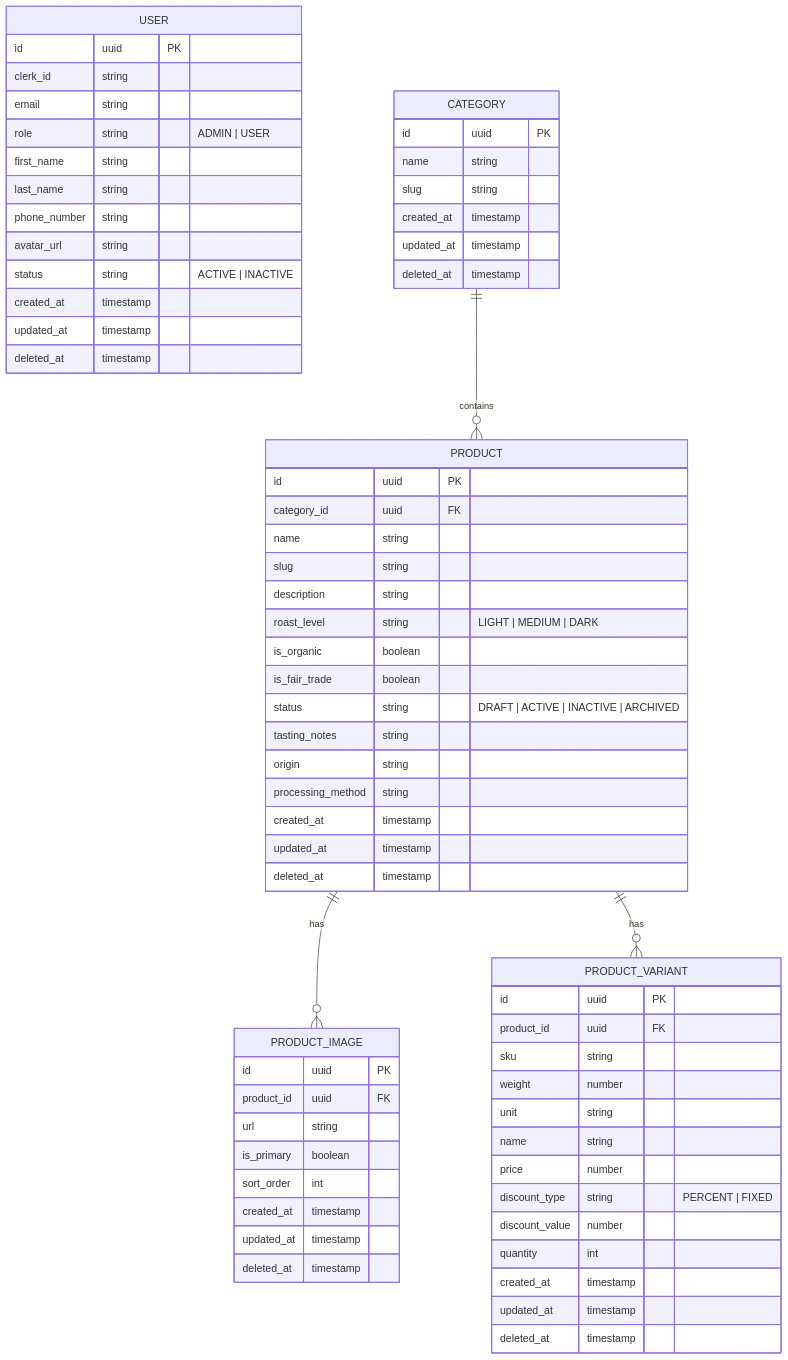
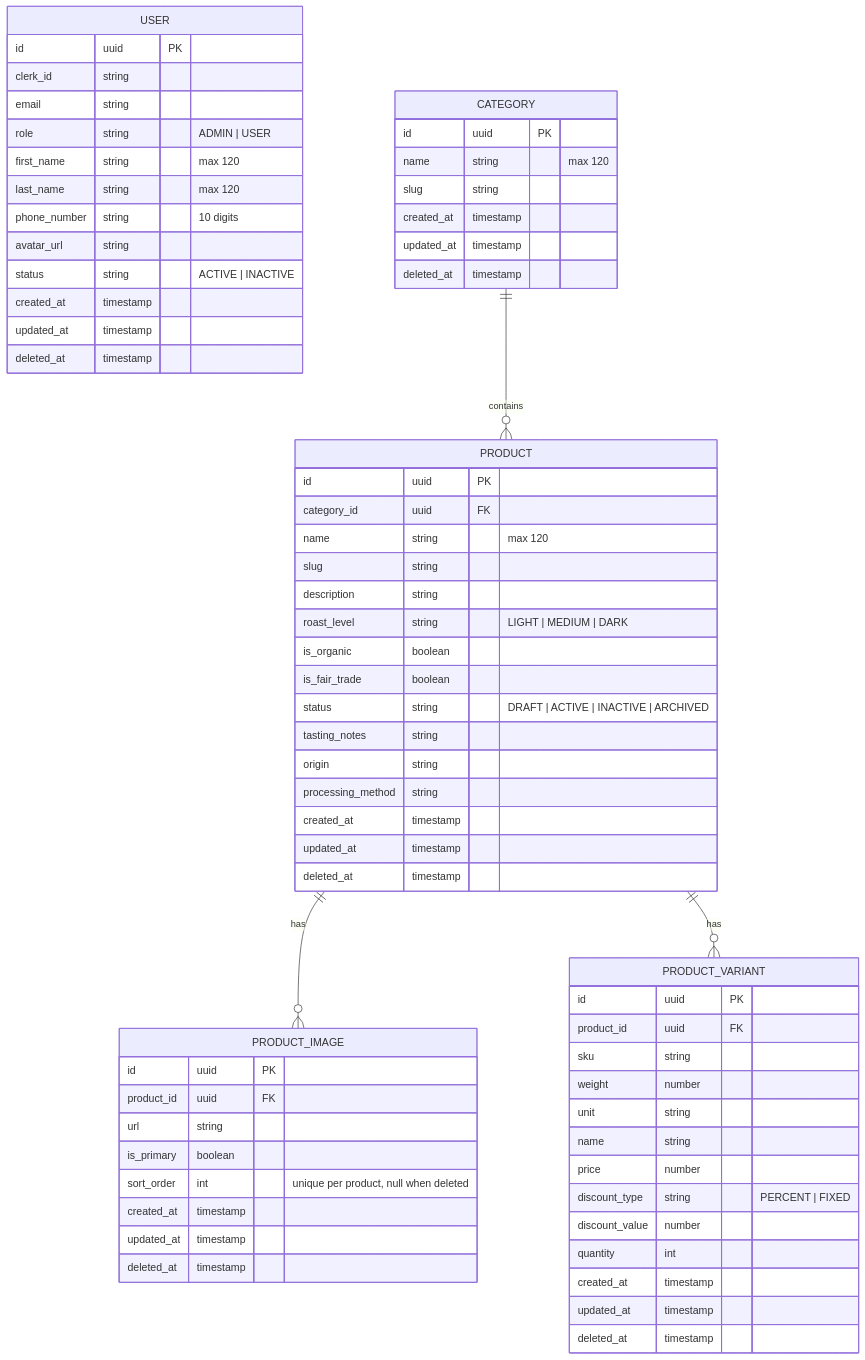
The diagram in apps/api/README.md (tiennguyen-agilityio/nestjs-training), drawn with Mermaid before and after one commit. The commit also changed 18 other files, not shown here.

Commit message:
refactor: enforce name and phone lengths and a unique image position in the database

````diff
--- a/apps/api/README.md
+++ b/apps/api/README.md
@@ -216,75 +216,75 @@
 ```mermaid
 erDiagram
     USER {
         id uuid PK
         clerk_id string
         email string
         role string "ADMIN | USER"
-        first_name string
-        last_name string
-        phone_number string
+        first_name string "max 120"
+        last_name string "max 120"
+        phone_number string "10 digits"
         avatar_url string
         status string "ACTIVE | INACTIVE"
         created_at timestamp
         updated_at timestamp
         deleted_at timestamp
     }
 
     CATEGORY {
         id uuid PK
-        name string
+        name string "max 120"
         slug string
         created_at timestamp
         updated_at timestamp
         deleted_at timestamp
     }
 
     PRODUCT {
         id uuid PK
         category_id uuid FK
-        name string
+        name string "max 120"
         slug string
         description string
         roast_level string "LIGHT | MEDIUM | DARK"
         is_organic boolean
         is_fair_trade boolean
         status string "DRAFT | ACTIVE | INACTIVE | ARCHIVED"
         tasting_notes string
         origin string
         processing_method string
         created_at timestamp
         updated_at timestamp
         deleted_at timestamp
     }
 
     PRODUCT_IMAGE {
         id uuid PK
         product_id uuid FK
         url string
         is_primary boolean
-        sort_order int
+        sort_order int "unique per product, null when deleted"
         created_at timestamp
         updated_at timestamp
         deleted_at timestamp
     }
 
     PRODUCT_VARIANT {
         id uuid PK
         product_id uuid FK
         sku string
         weight number
         unit string
         name string
         price number
         discount_type string "PERCENT | FIXED"
         discount_value number
         quantity int
         created_at timestamp
         updated_at timestamp
         deleted_at timestamp
     }
 
     CATEGORY ||--o{ PRODUCT : "contains"
     PRODUCT ||--o{ PRODUCT_IMAGE : "has"
     PRODUCT ||--o{ PRODUCT_VARIANT : "has"
 ```
````
